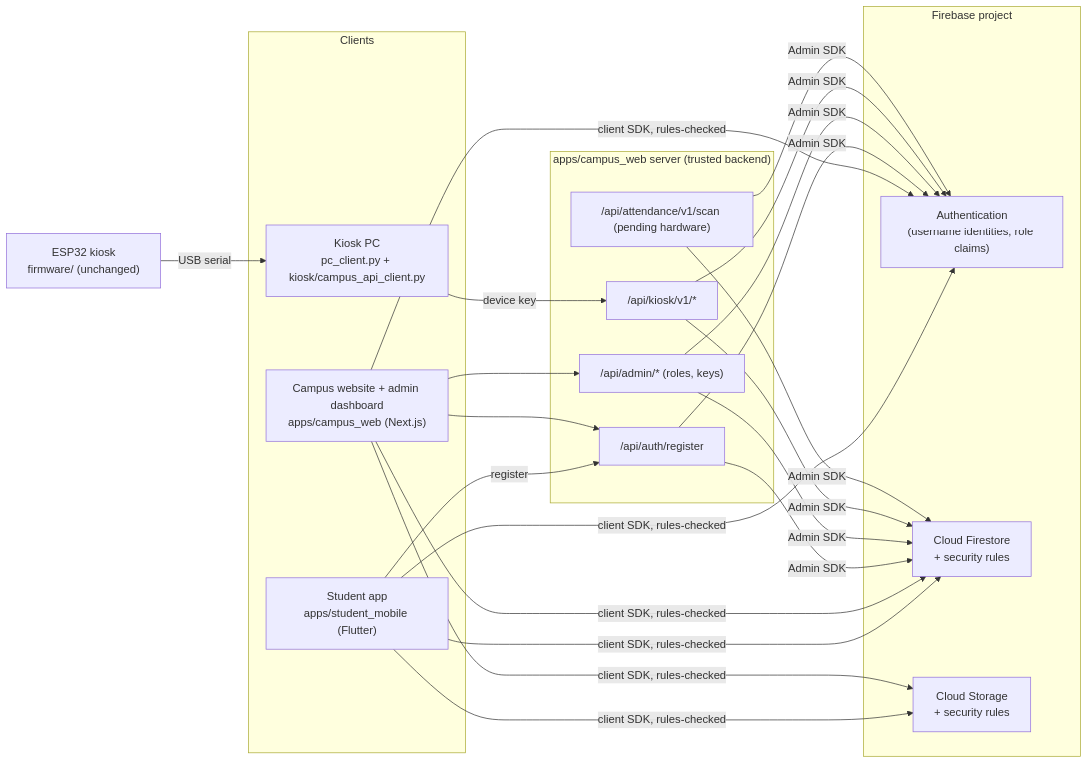
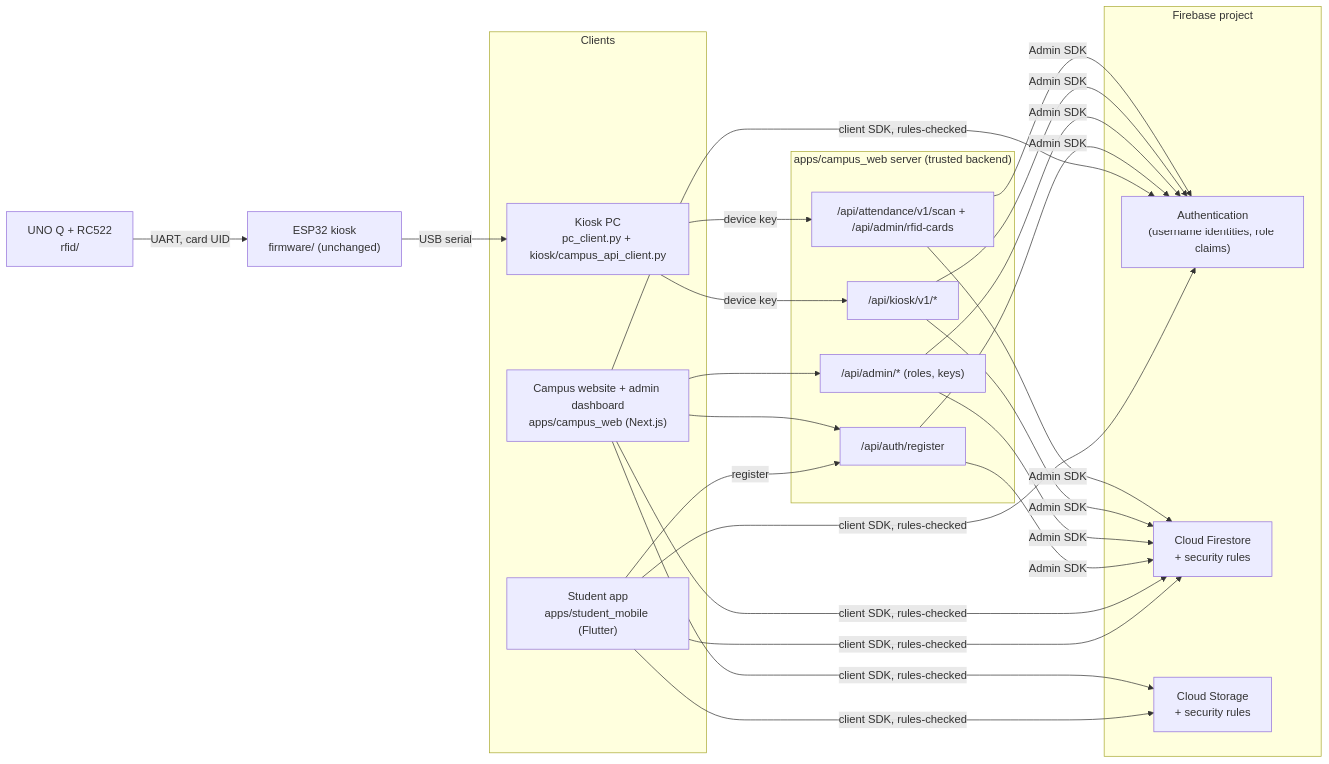
Before and after one commit to Pavankumarh0/first-hack-teamSPY: the diagram in docs/ARCHITECTURE.md, drawn with Mermaid. The commit also changed other lines of this file and 35 other files, not shown here.

First line of the commit message:
RFID attendance: trusted scan flow, card management, dashboard, app view, docs

````diff
--- a/docs/ARCHITECTURE.md
+++ b/docs/ARCHITECTURE.md
@@ -5,26 +5,27 @@
 ```mermaid
 flowchart LR
     subgraph clients["Clients"]
         app["Student app<br/>apps/student_mobile (Flutter)"]
         web["Campus website + admin dashboard<br/>apps/campus_web (Next.js)"]
         kpc["Kiosk PC<br/>pc_client.py + kiosk/campus_api_client.py"]
     end
     esp["ESP32 kiosk<br/>firmware/ (unchanged)"] -- USB serial --> kpc
     subgraph backend["apps/campus_web server (trusted backend)"]
         reg["/api/auth/register"]
         adm["/api/admin/* (roles, keys)"]
         kapi["/api/kiosk/v1/*"]
-        att["/api/attendance/v1/scan (pending hardware)"]
+        att["/api/attendance/v1/scan + /api/admin/rfid-cards"]
     end
     subgraph firebase["Firebase project"]
         auth["Authentication<br/>(username identities, role claims)"]
         fs["Cloud Firestore<br/>+ security rules"]
         st["Cloud Storage<br/>+ security rules"]
     end
     app -- client SDK, rules-checked --> fs & st & auth
     web -- client SDK, rules-checked --> fs & st & auth
     app -- register --> reg
     web --> reg & adm
-    kpc -- device key --> kapi
+    rdr["UNO Q + RC522<br/>rfid/"] -- UART, card UID --> esp
+    kpc -- device key --> kapi & att
     reg & adm & kapi & att -- Admin SDK --> auth & fs
 ```
````
